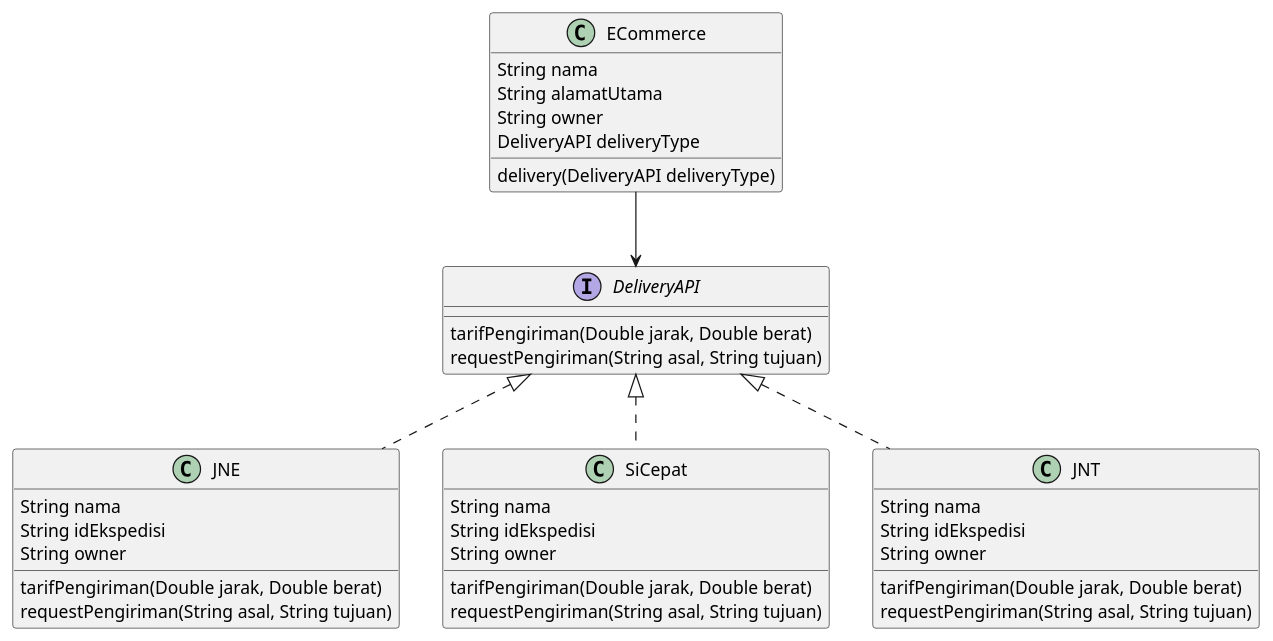
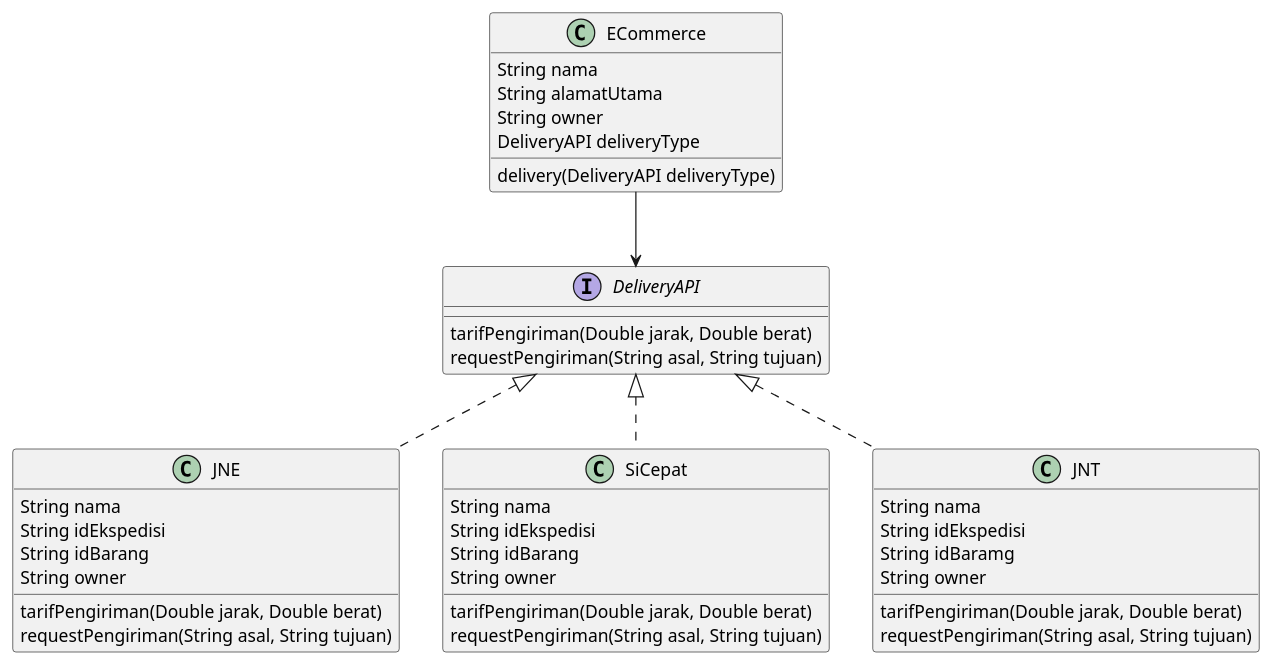
The diagram in Kelompok 2/uml-diagram-kel-2.puml (farhanzakiputra/pbpu-a-2022), drawn with PlantUML before and after one commit.

```diff
--- a/Kelompok 2/uml-diagram-kel-2.puml
+++ b/Kelompok 2/uml-diagram-kel-2.puml
@@ -1,43 +1,46 @@
 @startuml
 class ECommerce {
     String nama
     String alamatUtama
     String owner
     DeliveryAPI deliveryType
     delivery(DeliveryAPI deliveryType)
 }
 
 interface DeliveryAPI {
     tarifPengiriman(Double jarak, Double berat)
     requestPengiriman(String asal, String tujuan)
 }
 
 class JNE {
     String nama
     String idEkspedisi
+    String idBarang
     String owner
     tarifPengiriman(Double jarak, Double berat)
     requestPengiriman(String asal, String tujuan)
 }
 
 class SiCepat {
     String nama
     String idEkspedisi
+    String idBarang
     String owner
     tarifPengiriman(Double jarak, Double berat)
     requestPengiriman(String asal, String tujuan)
 }
 
 class JNT {
     String nama
     String idEkspedisi
+    String idBaramg
     String owner
     tarifPengiriman(Double jarak, Double berat)
     requestPengiriman(String asal, String tujuan)
 }
 
 ECommerce --> DeliveryAPI
 class JNE implements DeliveryAPI
 class JNT implements DeliveryAPI
 class SiCepat implements DeliveryAPI
 @enduml
```
